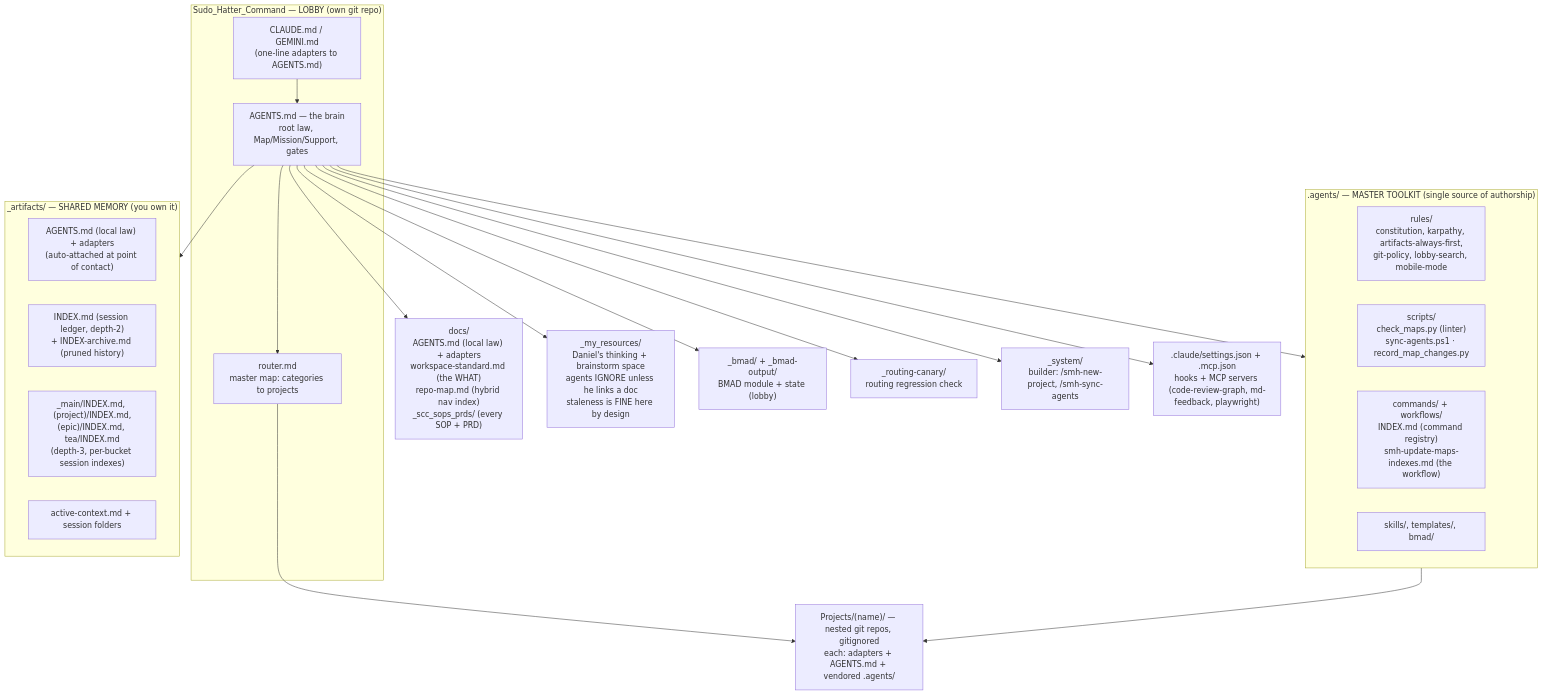
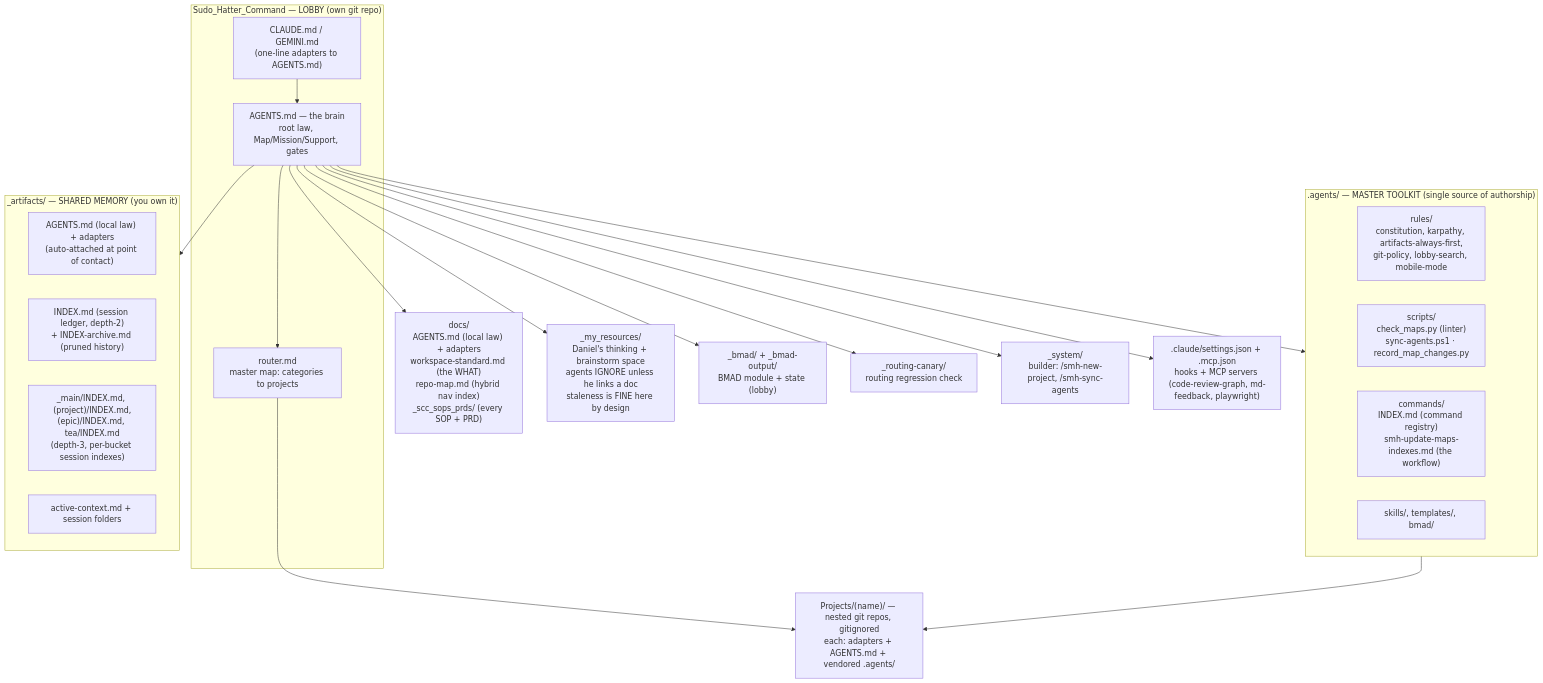
One commit to sudomadhatter/Sudo_Hatter_Command changed the first of 6 diagrams in docs/_scc_sops_prds/file_folder_structure+maintaining.md. Above: the diagram before and after it, drawn with Mermaid. The commit also changed other lines of this file and 155 other files, not shown here.

````diff
--- a/docs/_scc_sops_prds/file_folder_structure+maintaining.md
+++ b/docs/_scc_sops_prds/file_folder_structure+maintaining.md
@@ -30,43 +30,43 @@
 ```mermaid
 flowchart TD
     subgraph LOBBY ["Sudo_Hatter_Command — LOBBY (own git repo)"]
         ADP["CLAUDE.md / GEMINI.md\n(one-line adapters to AGENTS.md)"]
         BRAIN["AGENTS.md — the brain\nroot law, Map/Mission/Support, gates"]
         ROUTER["router.md\nmaster map: categories to projects"]
         ADP --> BRAIN
         BRAIN --> ROUTER
     end
 
     subgraph TOOLKIT [".agents/ — MASTER TOOLKIT (single source of authorship)"]
         RULES["rules/\nconstitution, karpathy, artifacts-always-first,\ngit-policy, lobby-search, mobile-mode"]
         SCRIPTS["scripts/\ncheck_maps.py (linter)\nsync-agents.ps1 · record_map_changes.py"]
-        CMDS["commands/ + workflows/\nINDEX.md (command registry)\nsmh-update-maps-indexes.md (the workflow)"]
+        CMDS["commands/\nINDEX.md (command registry)\nsmh-update-maps-indexes.md (the workflow)"]
         OTHER["skills/, templates/, bmad/"]
     end
 
     subgraph MEM ["_artifacts/ — SHARED MEMORY (you own it)"]
         LAW["AGENTS.md (local law) + adapters\n(auto-attached at point of contact)"]
         INDEX["INDEX.md (session ledger, depth-2)\n+ INDEX-archive.md (pruned history)"]
         DEPTH3["_main/INDEX.md, (project)/INDEX.md,\n(epic)/INDEX.md, tea/INDEX.md\n(depth-3, per-bucket session indexes)"]
         STORE["active-context.md + session folders"]
     end
 
     DOCS["docs/\nAGENTS.md (local law) + adapters\nworkspace-standard.md (the WHAT)\nrepo-map.md (hybrid nav index)\n_scc_sops_prds/ (every SOP + PRD)"]
     MYRES["_my_resources/\nDaniel's thinking + brainstorm space\nagents IGNORE unless he links a doc\nstaleness is FINE here by design"]
     BMADL["_bmad/ + _bmad-output/\nBMAD module + state (lobby)"]
     CANARY["_routing-canary/\nrouting regression check"]
     SYS["_system/\nbuilder: /smh-new-project, /smh-sync-agents"]
     SETTINGS[".claude/settings.json + .mcp.json\nhooks + MCP servers (code-review-graph, md-feedback, playwright)"]
     PROJ["Projects/(name)/ — nested git repos, gitignored\neach: adapters + AGENTS.md + vendored .agents/"]
 
     BRAIN --> TOOLKIT
     BRAIN --> MEM
     BRAIN --> DOCS
     BRAIN --> MYRES
     BRAIN --> BMADL
     BRAIN --> CANARY
     BRAIN --> SYS
     BRAIN --> SETTINGS
     ROUTER --> PROJ
     TOOLKIT --> PROJ
 ```
````
